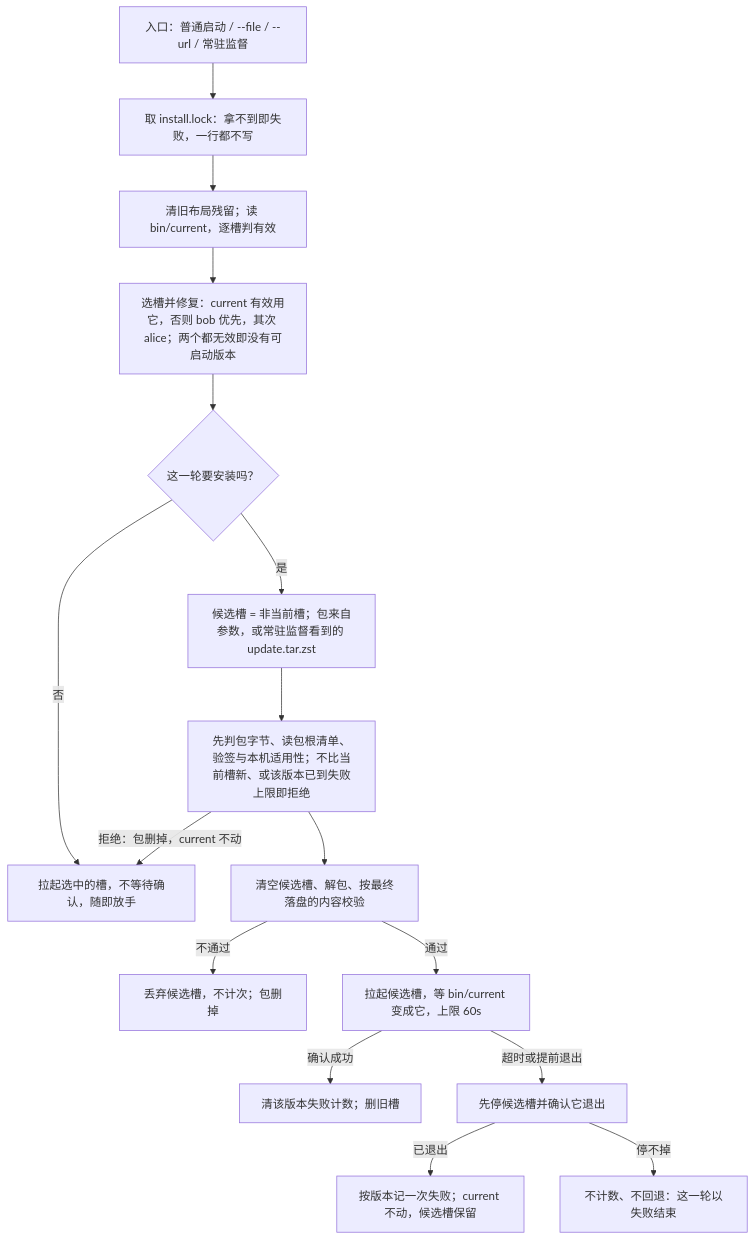
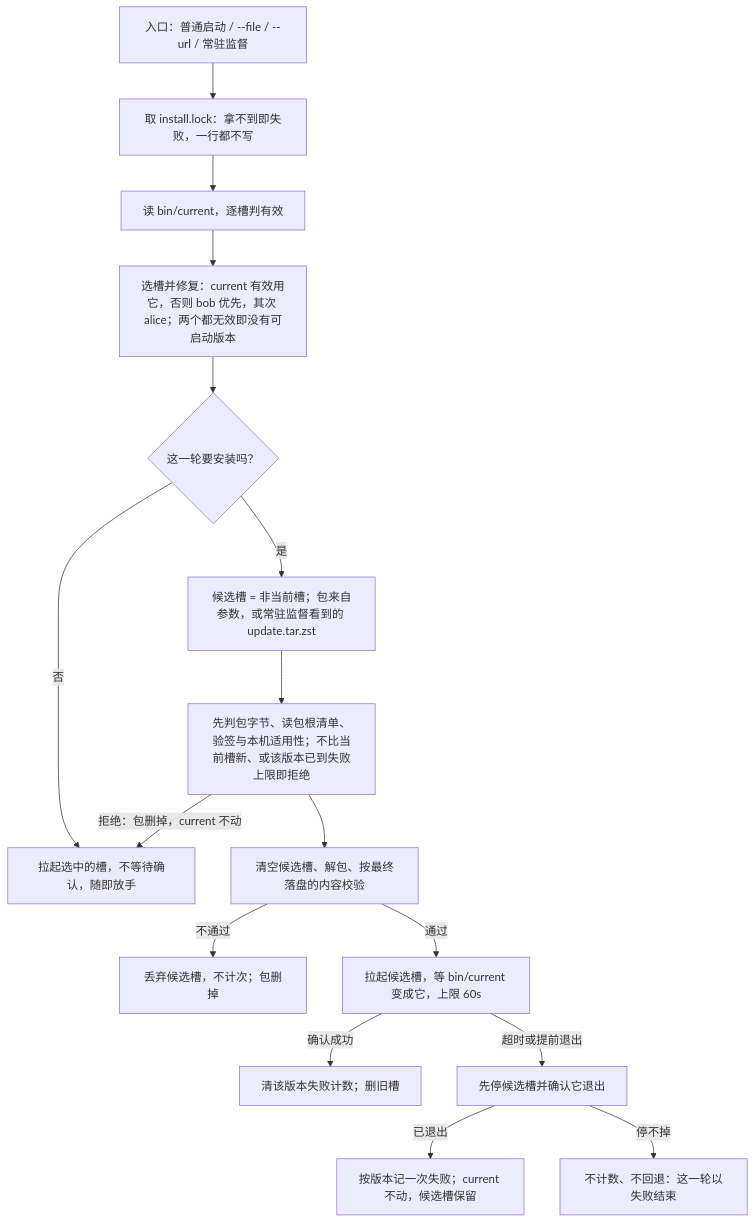
The third of 8 diagrams in docs/states.md (hiromuraki/mesh-client), drawn with Mermaid before and after one commit. The commit also changed other lines of this file and 27 other files, not shown here.

````diff
--- a/docs/states.md
+++ b/docs/states.md
@@ -104,18 +104,18 @@
 ```mermaid
 flowchart TD
   A["入口：普通启动 / --file / --url / 常驻监督"] --> B["取 install.lock：拿不到即失败，一行都不写"]
-  B --> C["清旧布局残留；读 bin/current，逐槽判有效"]
+  B --> C["读 bin/current，逐槽判有效"]
   C --> D["选槽并修复：current 有效用它，否则 bob 优先，其次 alice；两个都无效即没有可启动版本"]
   D --> E{"这一轮要安装吗？"}
   E -- 否 --> F["拉起选中的槽，不等待确认，随即放手"]
   E -- 是 --> G["候选槽 = 非当前槽；包来自参数，或常驻监督看到的 update.tar.zst"]
   G --> H["先判包字节、读包根清单、验签与本机适用性；不比当前槽新、或该版本已到失败上限即拒绝"]
   H -- 拒绝：包删掉，current 不动 --> F
   H --> I["清空候选槽、解包、按最终落盘的内容校验"]
   I -- 不通过 --> J["丢弃候选槽，不计次；包删掉"]
   I -- 通过 --> K["拉起候选槽，等 bin/current 变成它，上限 60s"]
   K -- 确认成功 --> L["清该版本失败计数；删旧槽"]
   K -- 超时或提前退出 --> M["先停候选槽并确认它退出"]
   M -- 已退出 --> N["按版本记一次失败；current 不动，候选槽保留"]
   M -- 停不掉 --> O["不计数、不回退：这一轮以失败结束"]
 ```
````
